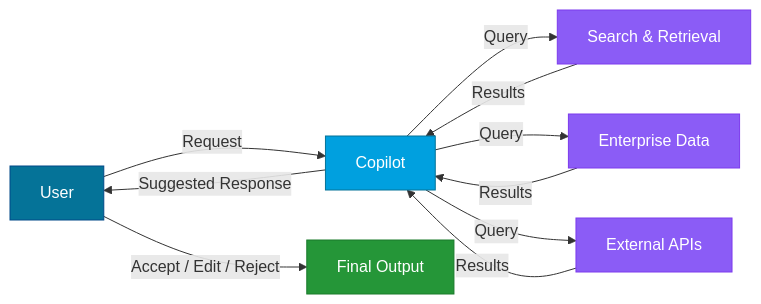
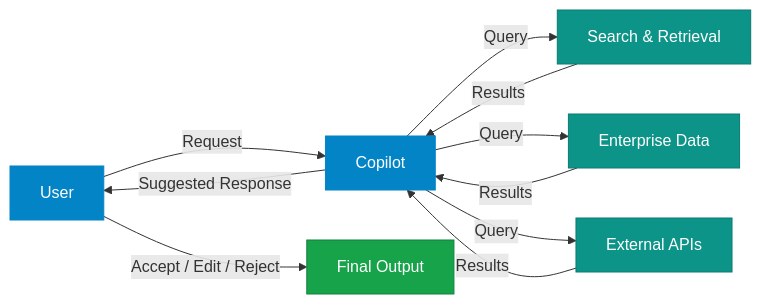
One commit to nitin27may/ai-resources changed the first of 3 diagrams in docs/patterns/enterprise-patterns.md. Above: the diagram before and after it, drawn with Mermaid. The commit also changed other lines of this file and 84 other files, not shown here.

````diff
--- a/docs/patterns/enterprise-patterns.md
+++ b/docs/patterns/enterprise-patterns.md
@@ -29,19 +36,19 @@
 ```mermaid
 graph LR
     U[User] -->|Request| C[Copilot]
     C -->|Query| T1[Search & Retrieval]
     C -->|Query| T2[Enterprise Data]
     C -->|Query| T3[External APIs]
     T1 -->|Results| C
     T2 -->|Results| C
     T3 -->|Results| C
     C -->|Suggested Response| U
     U -->|Accept / Edit / Reject| O[Final Output]
 
-    style U fill:#057398,stroke:#004987,color:#fff
-    style C fill:#00A0DF,stroke:#057398,color:#fff
-    style T1 fill:#8b5cf6,stroke:#7c3aed,color:#fff
-    style T2 fill:#8b5cf6,stroke:#7c3aed,color:#fff
-    style T3 fill:#8b5cf6,stroke:#7c3aed,color:#fff
-    style O fill:#259638,stroke:#1a7a2b,color:#fff
+    style U fill:#0284c7,stroke:#0284c7,color:#fff
+    style C fill:#0284c7,stroke:#0284c7,color:#fff
+    style T1 fill:#0d9488,stroke:#0b7a72,color:#fff
+    style T2 fill:#0d9488,stroke:#0b7a72,color:#fff
+    style T3 fill:#0d9488,stroke:#0b7a72,color:#fff
+    style O fill:#16a34a,stroke:#15803d,color:#fff
 ```
````
